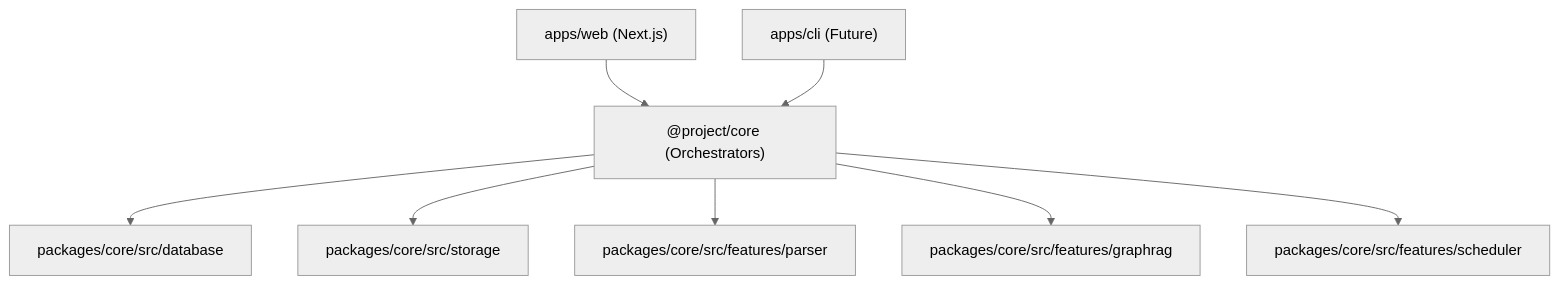
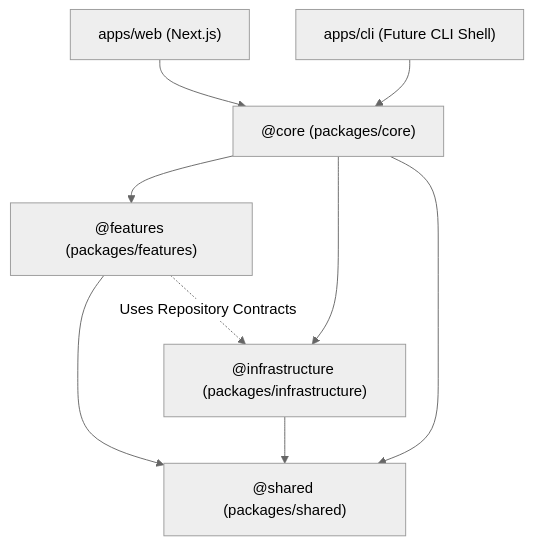
One commit to 69420pm/ai-learning-support-test changed the diagram in specs/architecture-index.md. Above: the diagram before and after it, drawn with Mermaid (neutral theme). The commit also changed other lines of this file and 14 other files, not shown here.

Commit message:
docs(specs): commit ADR 003, architecture spec, and implementation plan 01

````diff
--- a/specs/architecture-index.md
+++ b/specs/architecture-index.md
@@ -36,13 +41,18 @@
 ```mermaid
 graph TD
     %% Applications (Thin Shells)
-    Web["apps/web (Next.js)"] --> Core["@project/core (Orchestrators)"]
-    CLI["apps/cli (Future)"] --> Core
+    Web["apps/web (Next.js)"] --> Core["@core (packages/core)"]
+    CLI["apps/cli (Future CLI Shell)"] --> Core
 
-    %% The Orchestrator
-    Core --> DB["packages/core/src/database"]
-    Core --> Storage["packages/core/src/storage"]
-    Core --> Parser["packages/core/src/features/parser"]
-    Core --> GraphRAG["packages/core/src/features/graphrag"]
-    Core --> Scheduler["packages/core/src/features/scheduler"]
+    %% Core Orchestration Layer
+    Core --> Features["@features (packages/features)"]
+    Core --> Infra["@infrastructure (packages/infrastructure)"]
+
+    %% Shared Domain Layer
+    Core --> Shared["@shared (packages/shared)"]
+    Features --> Shared
+    Infra --> Shared
+
+    %% Feature Data Access
+    Features -.->|Uses Repository Contracts| Infra
 ```
````
